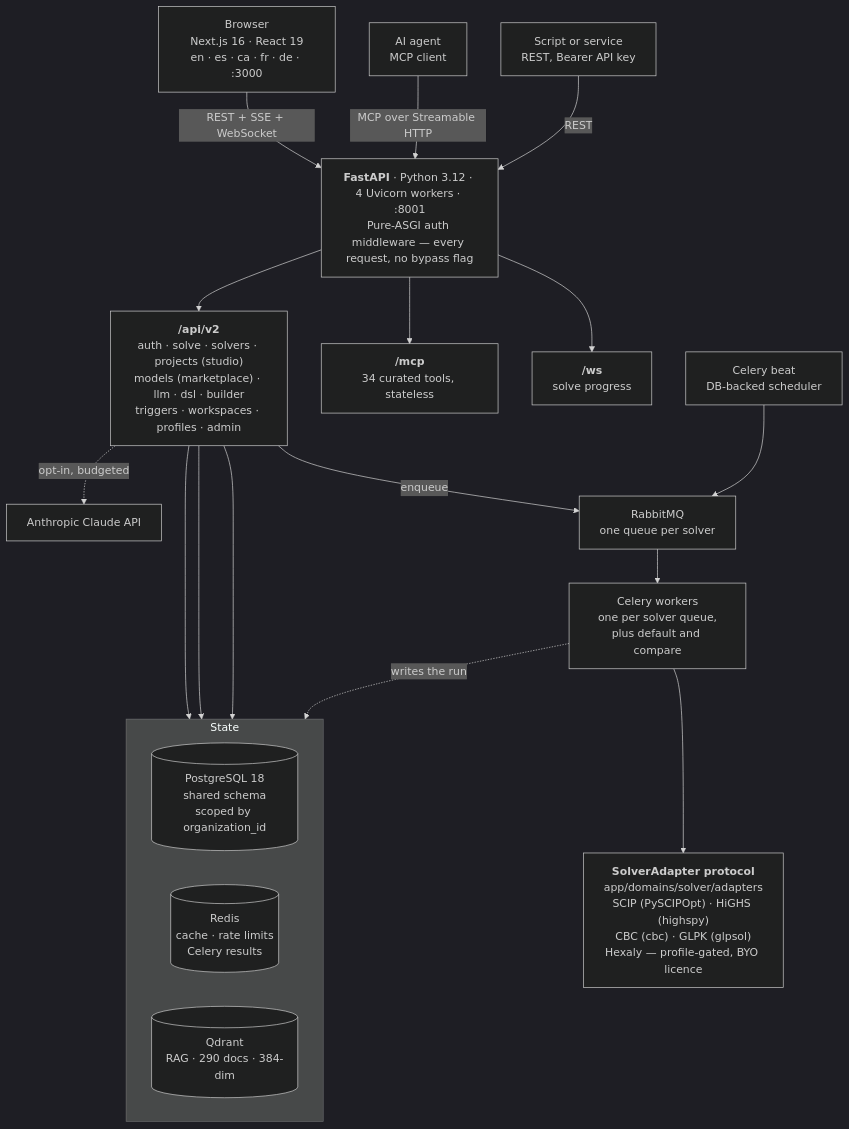
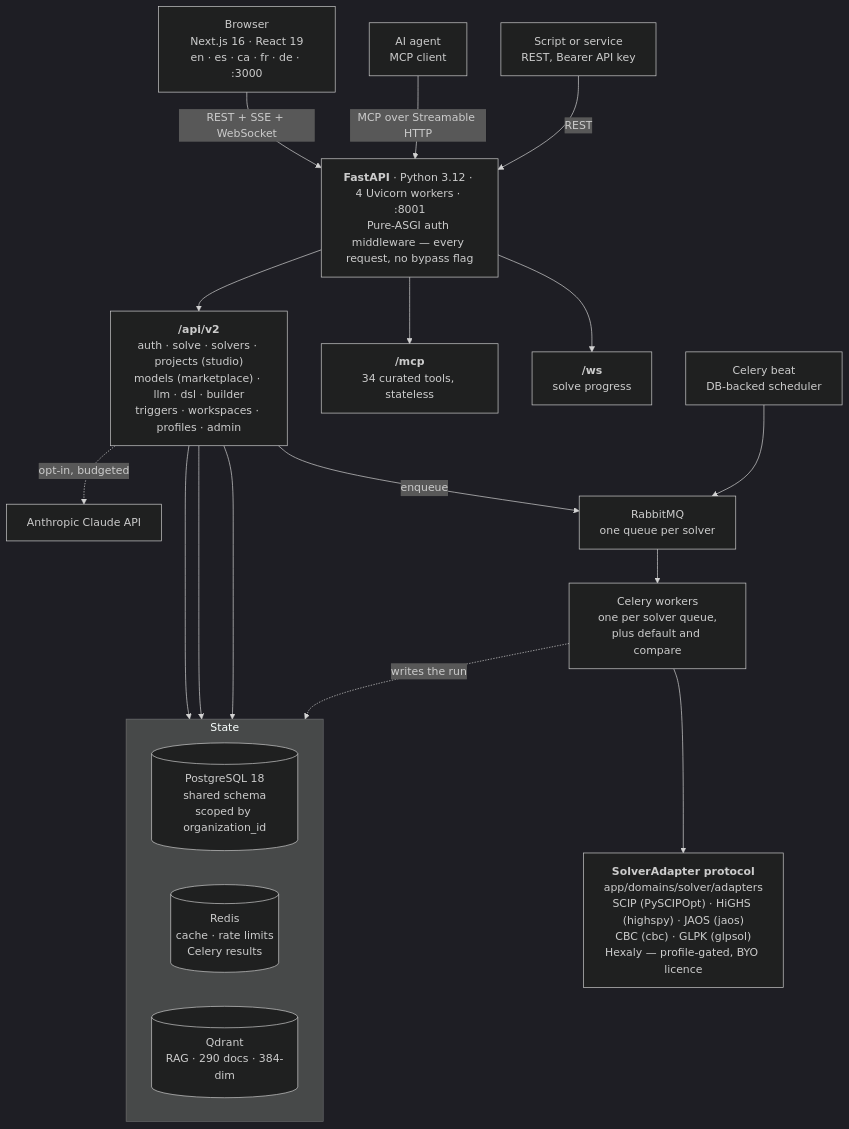
Before and after one commit to avallavall/jaot: the diagram in docs/ARCHITECTURE/OVERVIEW.md, drawn with Mermaid (dark theme). The commit also changed other lines of this file and 57 other files, not shown here.

````diff
--- a/docs/ARCHITECTURE/OVERVIEW.md
+++ b/docs/ARCHITECTURE/OVERVIEW.md
@@ -10,34 +10,34 @@
 ```mermaid
 flowchart TB
     BROWSER["Browser<br/>Next.js 16 · React 19<br/>en · es · ca · fr · de · :3000"]
     AGENT["AI agent<br/>MCP client"]
     SCRIPT["Script or service<br/>REST, Bearer API key"]
 
     MW["<b>FastAPI</b> · Python 3.12 · 4 Uvicorn workers · :8001<br/>Pure-ASGI auth middleware — every request, no bypass flag"]
 
     BROWSER -->|"REST + SSE + WebSocket"| MW
     AGENT -->|"MCP over Streamable HTTP"| MW
     SCRIPT -->|"REST"| MW
 
     MW --> ROUTES["<b>/api/v2</b><br/>auth · solve · solvers · projects (studio)<br/>models (marketplace) · llm · dsl · builder<br/>triggers · workspaces · profiles · admin"]
     MW --> MCPSRV["<b>/mcp</b><br/>34 curated tools, stateless"]
     MW --> WSSRV["<b>/ws</b><br/>solve progress"]
 
     subgraph STORES["State"]
         direction LR
         PG[("PostgreSQL 18<br/>shared schema<br/>scoped by organization_id")]
         REDIS[("Redis<br/>cache · rate limits<br/>Celery results")]
         QDRANT[("Qdrant<br/>RAG · 290 docs · 384-dim")]
     end
 
     ROUTES --> PG
     ROUTES --> REDIS
     ROUTES --> QDRANT
     ROUTES -.->|"opt-in, budgeted"| CLAUDE["Anthropic Claude API"]
     ROUTES -->|"enqueue"| MQ["RabbitMQ<br/>one queue per solver"]
 
     BEAT["Celery beat<br/>DB-backed scheduler"] --> MQ
     MQ --> WORKERS["Celery workers<br/>one per solver queue,<br/>plus default and compare"]
-    WORKERS --> ADAPTERS["<b>SolverAdapter protocol</b><br/>app/domains/solver/adapters<br/>SCIP (PySCIPOpt) · HiGHS (highspy)<br/>CBC (cbc) · GLPK (glpsol)<br/>Hexaly — profile-gated, BYO licence"]
+    WORKERS --> ADAPTERS["<b>SolverAdapter protocol</b><br/>app/domains/solver/adapters<br/>SCIP (PySCIPOpt) · HiGHS (highspy) · JAOS (jaos)<br/>CBC (cbc) · GLPK (glpsol)<br/>Hexaly — profile-gated, BYO licence"]
     WORKERS -.->|"writes the run"| PG
 ```
````
